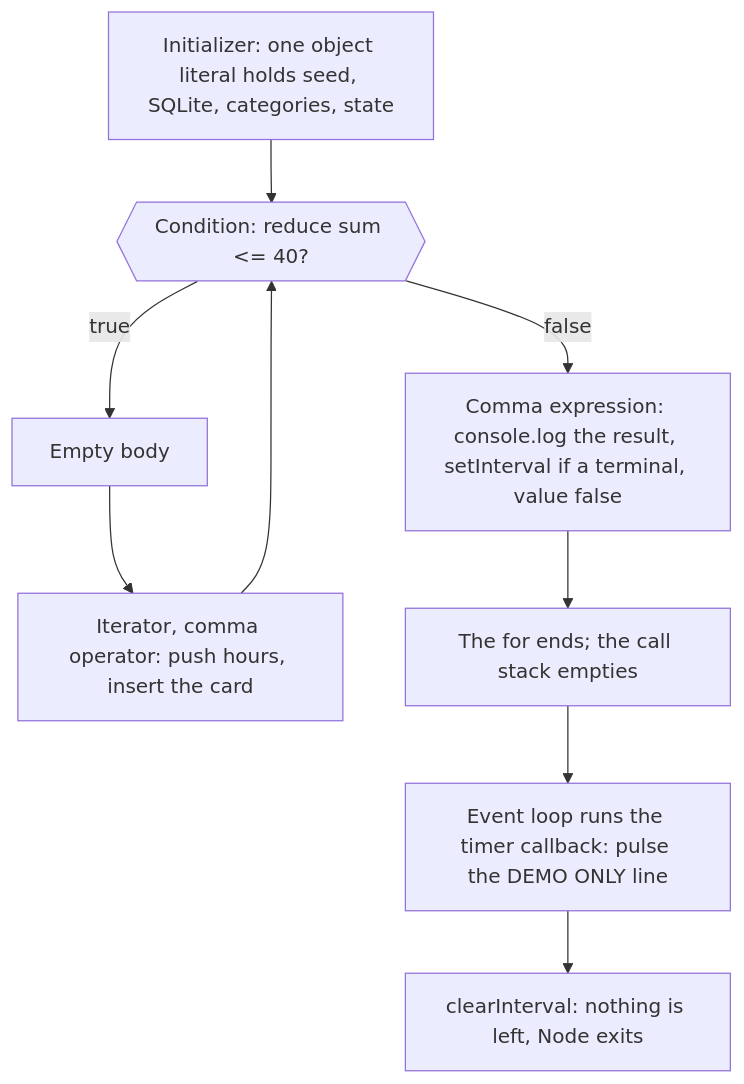
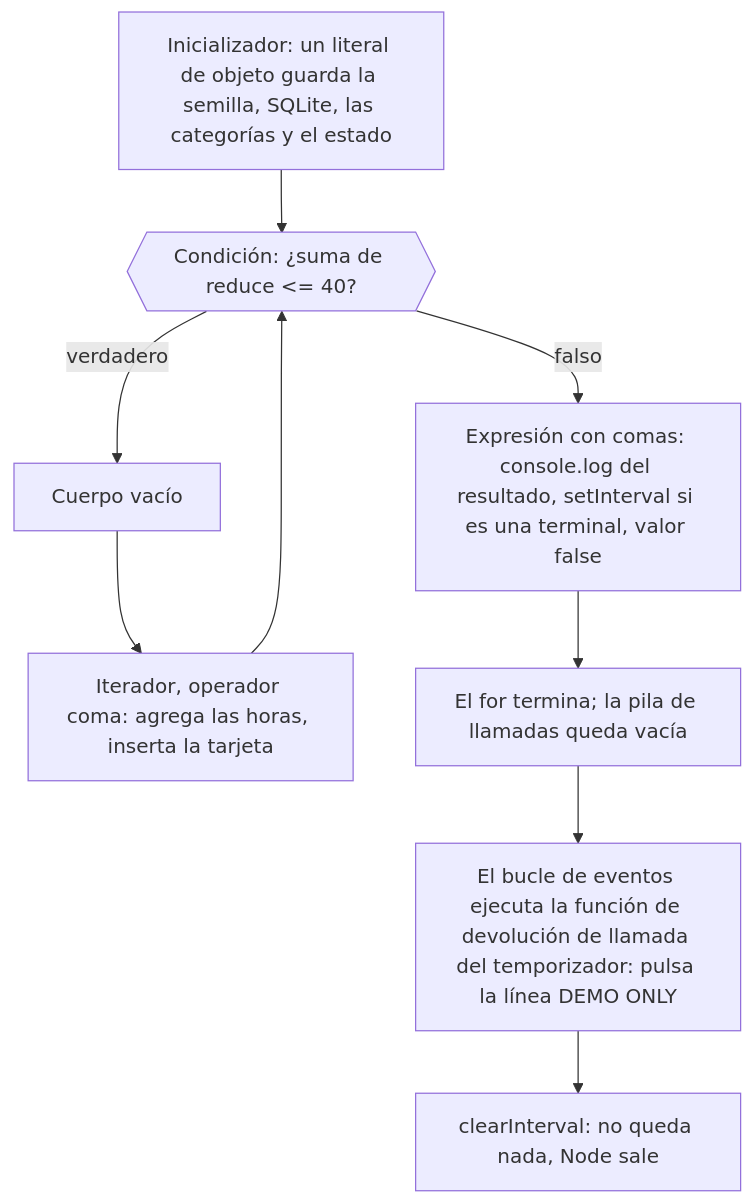
One commit to dullroar/aprende-a-programar-como-un-bicho-raro changed the first of 3 diagrams in lessons/guias-de-estudio/lenguajes/javascript.md. Above: the diagram before and after it, drawn with Mermaid. The commit also changed other lines of this file and 9 other files, not shown here.

````diff
--- a/lessons/guias-de-estudio/lenguajes/javascript.md
+++ b/lessons/guias-de-estudio/lenguajes/javascript.md
@@ -64,13 +64,13 @@
 ```mermaid
 flowchart TD
-    accTitle: javascript: a for statement in Node whose condition prints the result and the event loop keeps the pulse alive
-    accDescr: A flowchart. The initializer builds one object literal with the seed generator, the SQLite database and the categories. The condition sums the hours with reduce and is true while the total is 40 or less. Then the empty body runs and the iterator pushes random hours and inserts a card with the comma operator. When the condition is false, a comma expression prints the result, starts a setInterval timer if the output is a terminal, and yields false, so the for ends. Node does not exit yet, because the timer is still registered. The event loop runs the timer callback, which pulses the DEMO ONLY line and then clears the timer, so Node exits.
-    A["Initializer: one object literal holds seed, SQLite, categories, state"] --> B{{"Condition: reduce sum <= 40?"}}
-    B -->|true| C["Empty body"]
-    C --> D["Iterator, comma operator: push hours, insert the card"]
+    accTitle: javascript: una sentencia for en Node cuya condición imprime el resultado y el bucle de eventos mantiene vivo el pulso
+    accDescr: Un diagrama de flujo. El inicializador crea un literal de objeto con el generador de semillas, la base de datos SQLite y las categorías. La condición suma las horas con reduce y es verdadera mientras el total sea 40 o menos. Entonces se ejecuta el cuerpo vacío y el iterador agrega horas aleatorias e inserta una tarjeta con el operador coma. Cuando la condición es falsa, una expresión con comas imprime el resultado e inicia un temporizador setInterval si la salida es una terminal. La expresión produce false, así que el for termina. Node todavía no sale, porque el temporizador sigue registrado. El bucle de eventos ejecuta la función de devolución de llamada del temporizador. Esa función hace pulsar la línea DEMO ONLY y borra el temporizador, así que Node sale.
+    A["Inicializador: un literal de objeto guarda la semilla, SQLite, las categorías y el estado"] --> B{{"Condición: ¿suma de reduce <= 40?"}}
+    B -->|verdadero| C["Cuerpo vacío"]
+    C --> D["Iterador, operador coma: agrega las horas, inserta la tarjeta"]
     D --> B
-    B -->|false| E["Comma expression: console.log the result, setInterval if a terminal, value false"]
-    E --> F["The for ends; the call stack empties"]
-    F --> G["Event loop runs the timer callback: pulse the DEMO ONLY line"]
-    G --> H["clearInterval: nothing is left, Node exits"]
+    B -->|falso| E["Expresión con comas: console.log del resultado, setInterval si es una terminal, valor false"]
+    E --> F["El for termina; la pila de llamadas queda vacía"]
+    F --> G["El bucle de eventos ejecuta la función de devolución de llamada del temporizador: pulsa la línea DEMO ONLY"]
+    G --> H["clearInterval: no queda nada, Node sale"]
 ```
````
